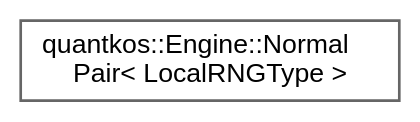
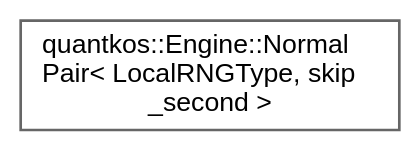
One commit to zeno-geddo/QuantKos changed the diagram in dev-zen/inherit_graph_27.dot. Above: the diagram before and after it, drawn with Graphviz. The commit also changed 26 other files, not shown here.

```diff
--- a/dev-zen/inherit_graph_27.dot
+++ b/dev-zen/inherit_graph_27.dot
@@ -1,9 +1,9 @@
 digraph "Graphical Class Hierarchy"
 {
  // LATEX_PDF_SIZE
   bgcolor="transparent";
   edge [fontname=Helvetica,fontsize=10,labelfontname=Helvetica,labelfontsize=10];
   node [fontname=Helvetica,fontsize=10,shape=box,height=0.2,width=0.4];
   rankdir="LR";
-  Node0 [id="Node000000",label="quantkos::Engine::Normal\lPair\< LocalRNGType \>",height=0.2,width=0.4,color="grey40", fillcolor="white", style="filled",URL="$structquantkos_1_1Engine_1_1NormalPair.html",tooltip="Generates two independent Normal Random Variables Uses branchless Box-Muller on GPU to maximize Warp ..."];
+  Node0 [id="Node000000",label="quantkos::Engine::Normal\lPair\< LocalRNGType, skip\l_second \>",height=0.2,width=0.4,color="grey40", fillcolor="white", style="filled",URL="$structquantkos_1_1Engine_1_1NormalPair.html",tooltip="Generates two independent Normal Random Variables Uses branchless Box-Muller on GPU to maximize Warp ..."];
 }
```
